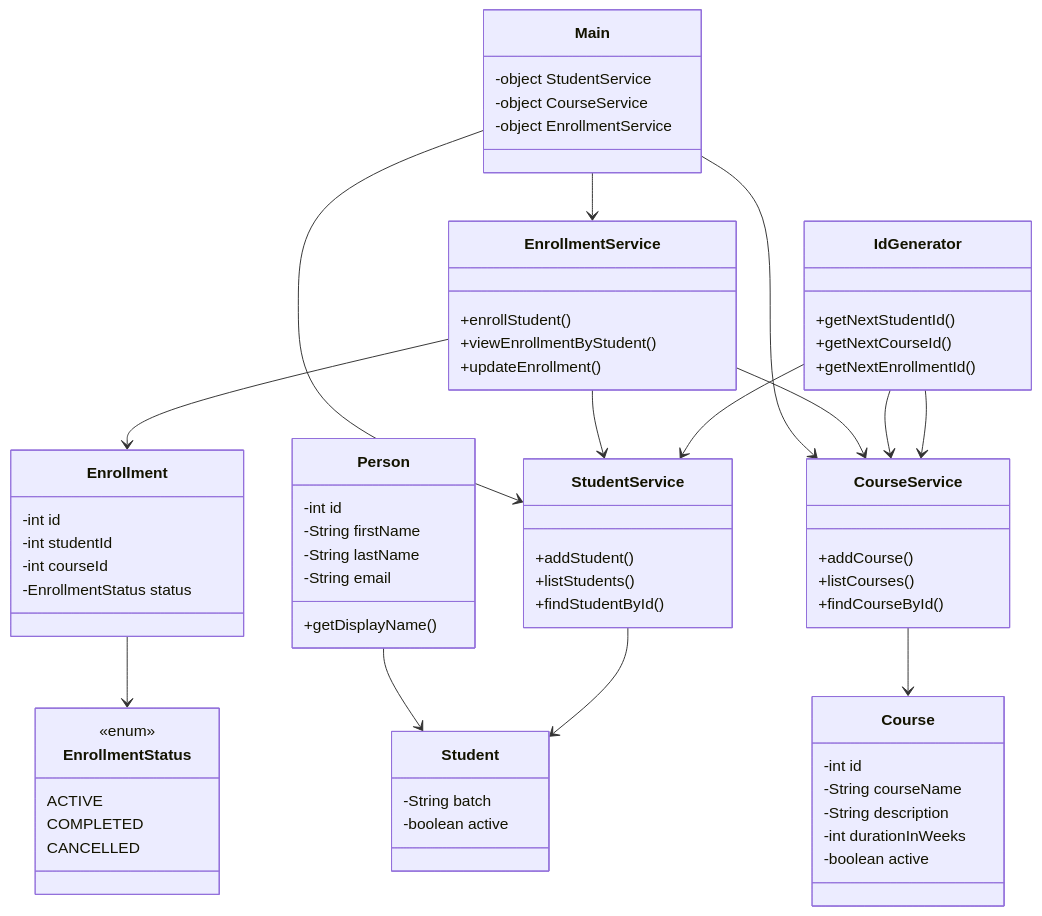
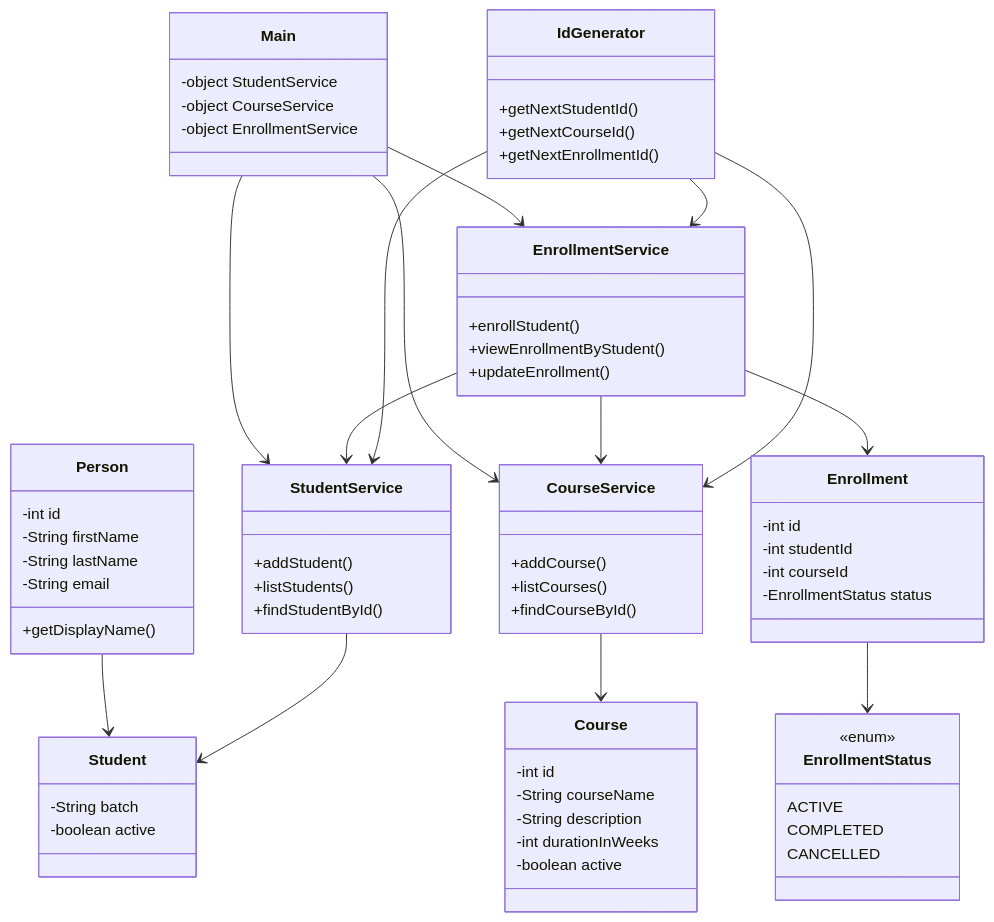
The diagram in README.md (lokesh95SDE/Student-Course-Management-System), drawn with Mermaid before and after one commit.

Commit message:
Student Course Management System (Implementation completed)

````diff
--- a/README.md
+++ b/README.md
@@ -60,82 +60,82 @@
 ```mermaid
 classDiagram
 
 class Main{
     -object StudentService
     -object CourseService
     -object EnrollmentService
  }
  
 class Person {
   -int id
   -String firstName
   -String lastName
   -String email
   +getDisplayName()
 }
 
 class Student {
   -String batch
   -boolean active
 }
 
 class Course {
   -int id
   -String courseName
   -String description
   -int durationInWeeks
   -boolean active
 }
 
 class Enrollment {
   -int id
   -int studentId
   -int courseId
   -EnrollmentStatus status
 }
 
 class StudentService {
   +addStudent()
   +listStudents()
   +findStudentById()
 }
 
 class CourseService {
   +addCourse()
   +listCourses()
   +findCourseById()
 }
 
 class EnrollmentService {
   +enrollStudent()
   +viewEnrollmentByStudent()
   +updateEnrollment()
 }
 
 class IdGenerator {
   +getNextStudentId()
   +getNextCourseId()
   +getNextEnrollmentId()
 }
 
 class EnrollmentStatus {
   <<enum>>
   ACTIVE
   COMPLETED
   CANCELLED
 }
 
 Main -->StudentService
 Main -->CourseService
 Main -->EnrollmentService
 Person --> Student
 StudentService --> Student
 CourseService --> Course
 EnrollmentService --> Enrollment
 EnrollmentService --> StudentService
 EnrollmentService --> CourseService
 Enrollment --> EnrollmentStatus
 IdGenerator -->StudentService
 IdGenerator -->CourseService
-IdGenerator -->CourseService
+IdGenerator -->EnrollmentService
 ```
````
